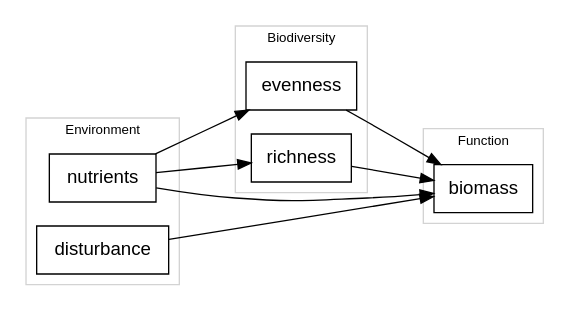
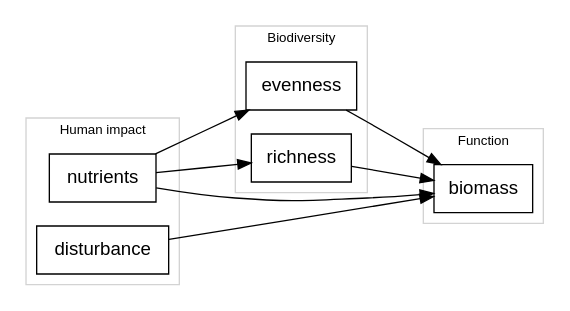
One commit to pennekampster/Swiss_SEM changed diagram 24 of 30 in 5_Slides/Intro_to_SEM_part1.qmd. Above: the diagram before and after it, drawn with Graphviz. The commit also changed other lines of this file and 3 other files, not shown here.

````diff
--- a/5_Slides/Intro_to_SEM_part1.qmd
+++ b/5_Slides/Intro_to_SEM_part1.qmd
@@ -1637,46 +1639,46 @@
 ```{dot}
 //| fig-width: 12
 //| fig-height: 5
 
 digraph  {
 
    # a 'graph' statement
   graph [overlap = false, fontsize = 10, rankdir = LR, ranksep=.8]
 
   # several 'node' statements
   node [shape = box,
         fontname = Helvetica]
   
    subgraph cluster_bio {
         label="Biodiversity"
         fontname = Helvetica
 		    color=lightgrey;
         evenness, richness;
         }
 
 
    subgraph cluster_env {
-        label="Environment"
+        label="Human impact"
         fontname = Helvetica
      		color=lightgrey;
         nutrients;
         disturbance;
         }
 
     nutrients->richness;
     nutrients->evenness;
     nutrients->biomass;
     disturbance -> biomass;
 
    subgraph cluster_prod {
      label="Function";
      fontname = Helvetica;
      color=lightgrey;
      biomass; 
      }
 
     evenness->biomass ;
     richness->biomass ;
   
 }
 ```
````
